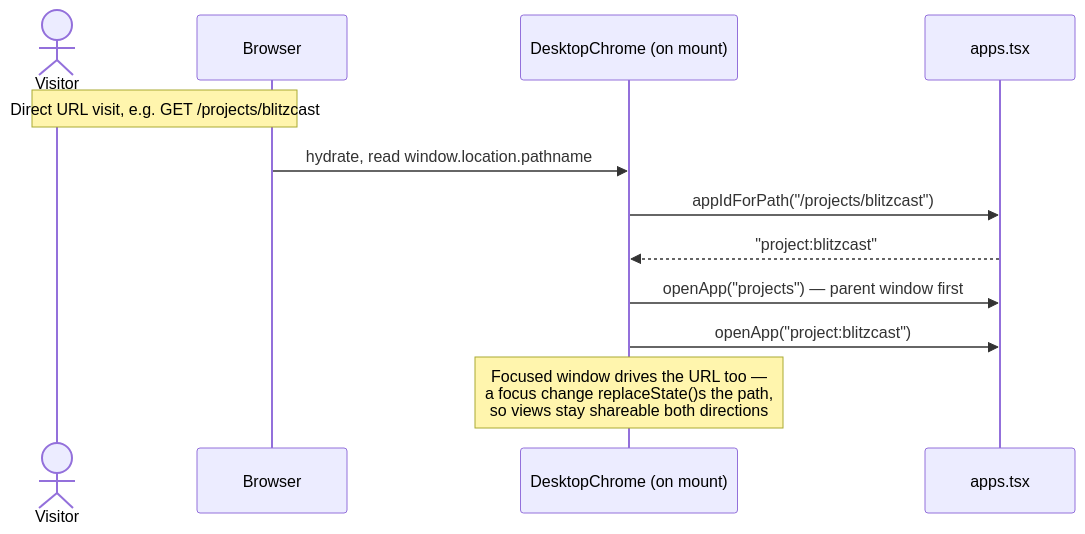
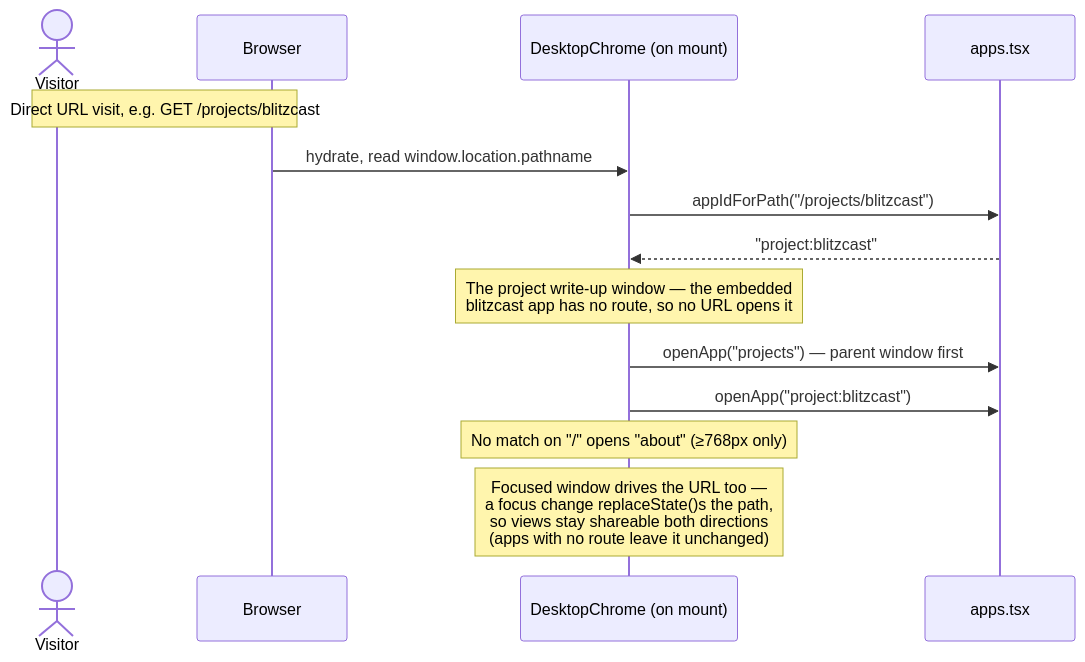
The second of 2 diagrams in diagrams/open-app-flow.md (carterptull/personal-portfolio-website), drawn with Mermaid before and after one commit. The commit also changed other lines of this file and 7 other files, not shown here.

Commit message:
Refreshed stale diagrams to match v1.2.0.

````diff
--- a/diagrams/open-app-flow.md
+++ b/diagrams/open-app-flow.md
@@ -35,15 +35,17 @@
 ```mermaid
 sequenceDiagram
     actor V as Visitor
     participant B as Browser
     participant DC as DesktopChrome (on mount)
     participant A as apps.tsx
 
     Note over V,B: Direct URL visit, e.g. GET /projects/blitzcast
     B->>DC: hydrate, read window.location.pathname
     DC->>A: appIdForPath("/projects/blitzcast")
     A-->>DC: "project:blitzcast"
+    Note over DC: The project write-up window — the embedded<br/>blitzcast app has no route, so no URL opens it
     DC->>A: openApp("projects") — parent window first
     DC->>A: openApp("project:blitzcast")
-    Note over DC: Focused window drives the URL too —<br/>a focus change replaceState()s the path,<br/>so views stay shareable both directions
+    Note over DC: No match on "/" opens "about" (≥768px only)
+    Note over DC: Focused window drives the URL too —<br/>a focus change replaceState()s the path,<br/>so views stay shareable both directions<br/>(apps with no route leave it unchanged)
 ```
````
